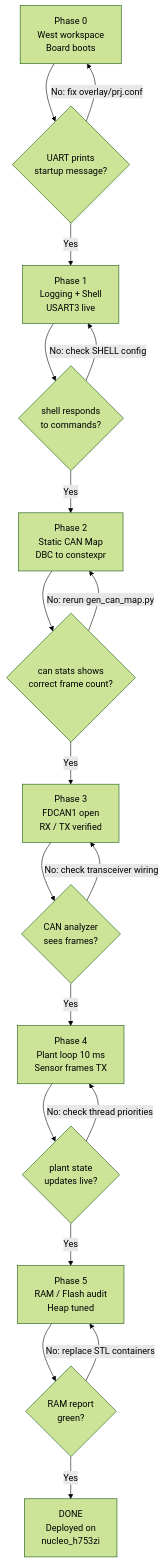
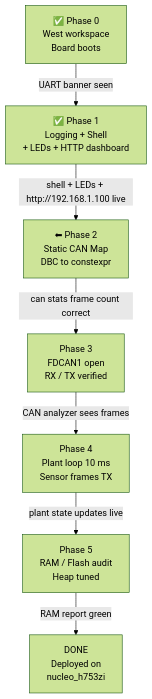
Before and after one commit to mtilocca/vehicle-Dynamics-Sim-Can: the seventh of 7 diagrams in docs/zephyr/ZEPHYR_PORT.md, drawn with Mermaid (forest theme). The commit also changed other lines of this file and 3 other files, not shown here.

````diff
--- a/docs/zephyr/ZEPHYR_PORT.md
+++ b/docs/zephyr/ZEPHYR_PORT.md
@@ -588,35 +614,17 @@
 ```mermaid
 graph TD
-    P0["Phase 0\nWest workspace\nBoard boots"]
-    G0{UART prints\nstartup message?}
-    P1["Phase 1\nLogging + Shell\nUSART3 live"]
-    G1{shell responds\nto commands?}
-    P2["Phase 2\nStatic CAN Map\nDBC to constexpr"]
-    G2{can stats shows\ncorrect frame count?}
+    P0["✅ Phase 0\nWest workspace\nBoard boots"]
+    P1["✅ Phase 1\nLogging + Shell\n+ LEDs + HTTP dashboard"]
+    P2["⬅ Phase 2\nStatic CAN Map\nDBC to constexpr"]
     P3["Phase 3\nFDCAN1 open\nRX / TX verified"]
-    G3{CAN analyzer\nsees frames?}
     P4["Phase 4\nPlant loop 10 ms\nSensor frames TX"]
-    G4{plant state\nupdates live?}
     P5["Phase 5\nRAM / Flash audit\nHeap tuned"]
-    G5{RAM report\ngreen?}
     DONE["DONE\nDeployed on\nnucleo_h753zi"]
 
-    P0 --> G0
-    G0 -->|Yes| P1
-    G0 -->|No: fix overlay/prj.conf| P0
-    P1 --> G1
-    G1 -->|Yes| P2
-    G1 -->|No: check SHELL config| P1
-    P2 --> G2
-    G2 -->|Yes| P3
-    G2 -->|No: rerun gen_can_map.py| P2
-    P3 --> G3
-    G3 -->|Yes| P4
-    G3 -->|No: check transceiver wiring| P3
-    P4 --> G4
-    G4 -->|Yes| P5
-    G4 -->|No: check thread priorities| P4
-    P5 --> G5
-    G5 -->|Yes| DONE
-    G5 -->|No: replace STL containers| P5
+    P0 -->|"UART banner seen"| P1
+    P1 -->|"shell + LEDs + http://192.168.1.100 live"| P2
+    P2 -->|"can stats frame count correct"| P3
+    P3 -->|"CAN analyzer sees frames"| P4
+    P4 -->|"plant state updates live"| P5
+    P5 -->|"RAM report green"| DONE
 ```
````
